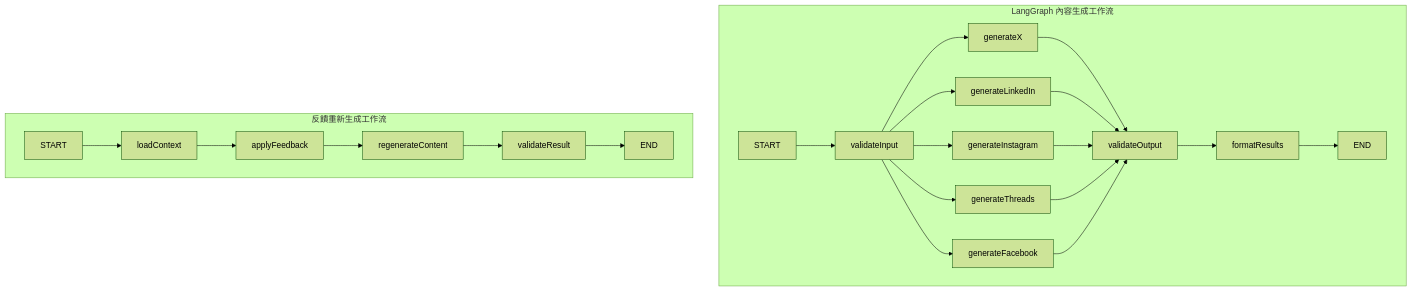
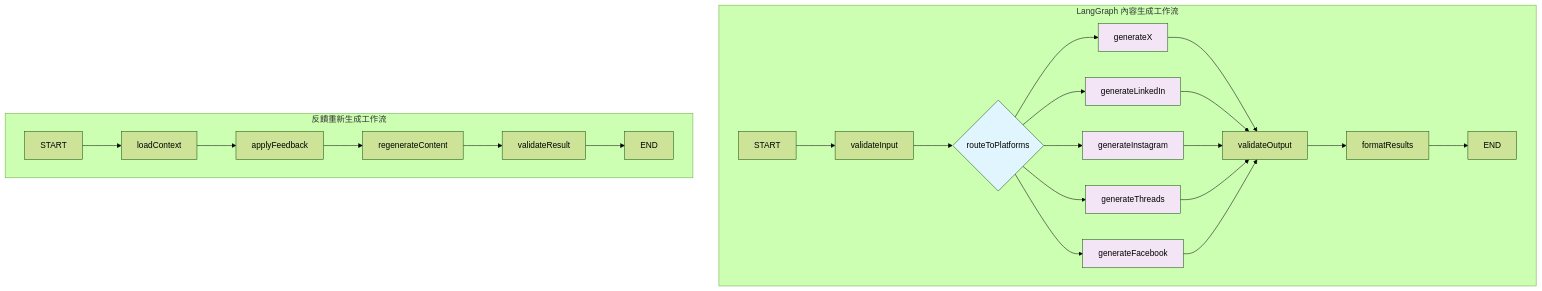
One commit to whats2000/social-media-post-assistant changed the fifth of 5 diagrams in docs/SystemDesign.md. Above: the diagram before and after it, drawn with Mermaid (forest theme). The commit also changed other lines of this file, not shown here.

````diff
--- a/docs/SystemDesign.md
+++ b/docs/SystemDesign.md
@@ -925,29 +966,37 @@
 ```mermaid
 graph TD
   subgraph "LangGraph 內容生成工作流"
     A[START] --> B[validateInput]
     
-    B --> C1[generateX]
-    B --> C2[generateLinkedIn]
-    B --> C3[generateInstagram]
-    B --> C4[generateThreads]
-    B --> C5[generateFacebook]
+    B --> C{routeToPlatforms}
+    C --> C1[generateX]
+    C --> C2[generateLinkedIn]
+    C --> C3[generateInstagram]
+    C --> C4[generateThreads]
+    C --> C5[generateFacebook]
     
     C1 --> D[validateOutput]
     C2 --> D
     C3 --> D
     C4 --> D
     C5 --> D
     
     D --> E[formatResults]
     E --> F[END]
+    
+    style C fill:#e1f5fe
+    style C1 fill:#f3e5f5
+    style C2 fill:#f3e5f5
+    style C3 fill:#f3e5f5
+    style C4 fill:#f3e5f5
+    style C5 fill:#f3e5f5
   end
 
   subgraph "反饋重新生成工作流"
     H[START] --> I[loadContext]
     I --> J[applyFeedback]
     J --> K[regenerateContent]
     K --> L[validateResult]
     L --> M[END]
   end
 ```
````
